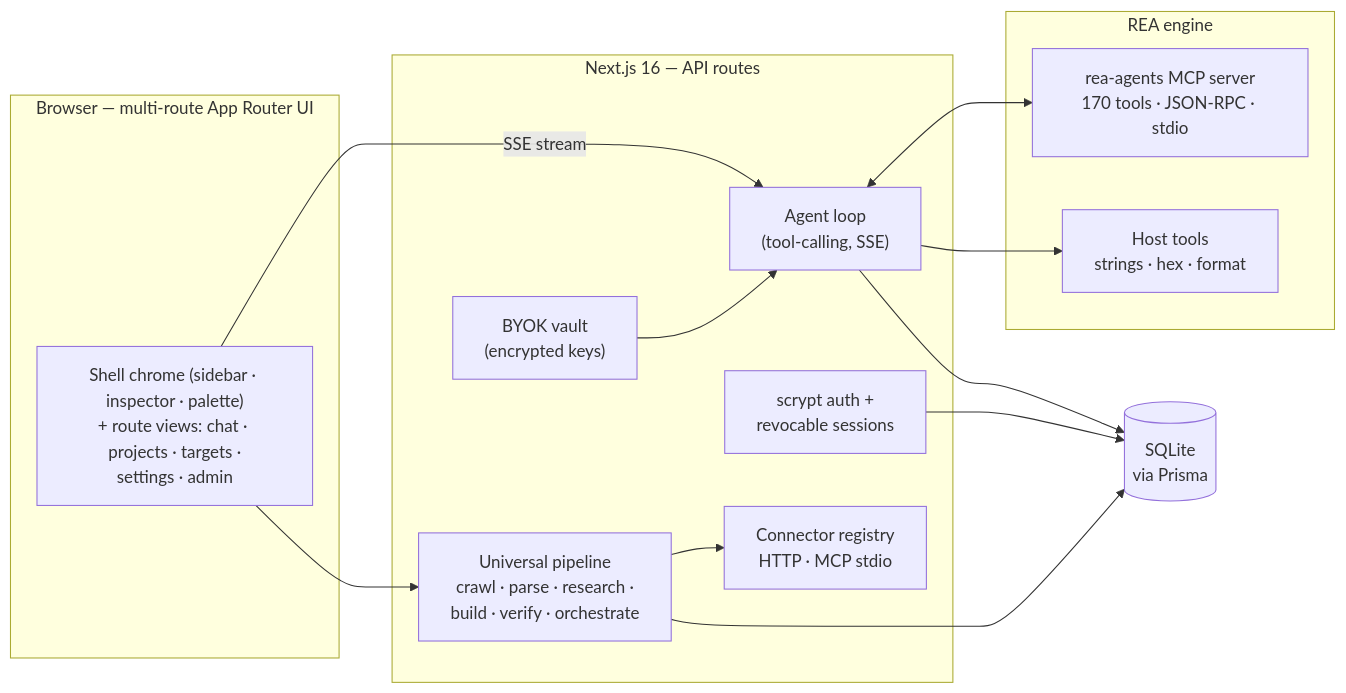
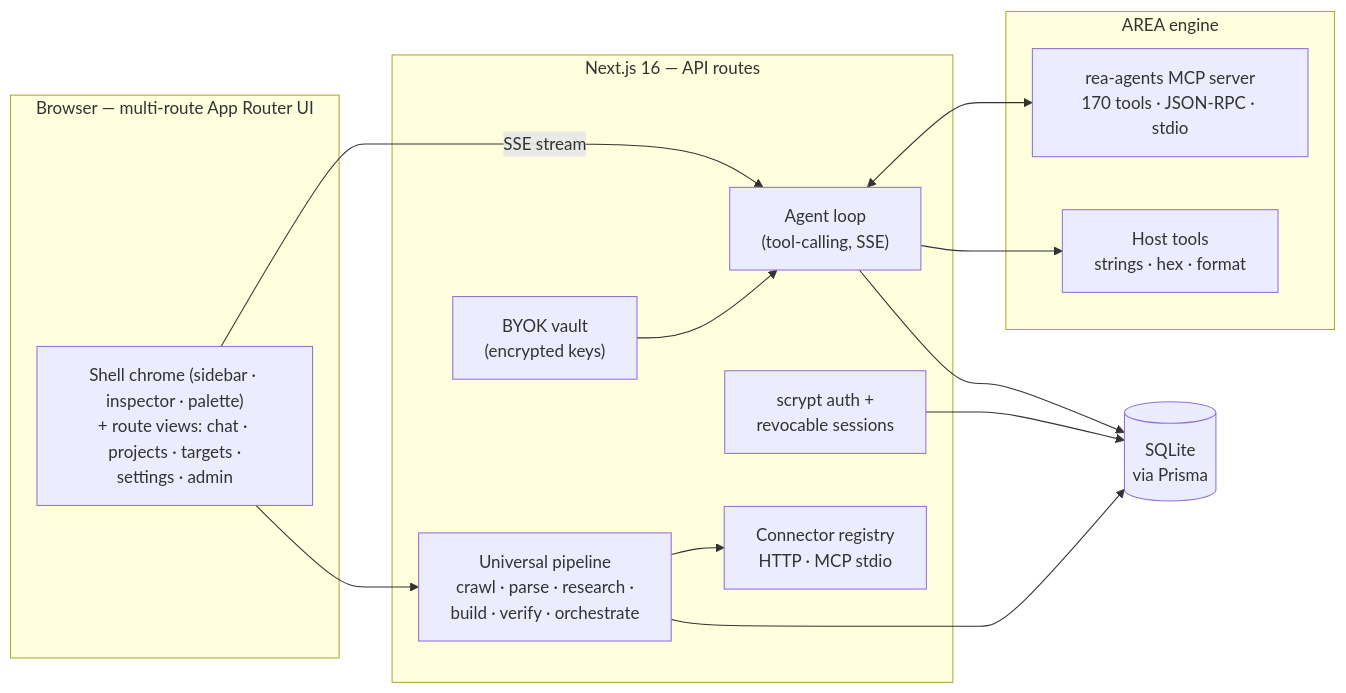
One commit to arpitnayan123-bot/Autonomous-reverse-engineering-agent changed the diagram in README.md. Above: the diagram before and after it, drawn with Mermaid. The commit also changed other lines of this file and 217 other files, not shown here.

First line of the commit message:
feat(area): rebrand platform REA → AREA — code, UI, docs, tools, docker, vscode

````diff
--- a/README.md
+++ b/README.md
@@ -44,28 +46,28 @@
 ```mermaid
 flowchart LR
     subgraph Browser["Browser — multi-route App Router UI"]
         UI["Shell chrome (sidebar · inspector · palette)<br/>+ route views: chat · projects · targets ·<br/>settings · admin"]
     end
     subgraph Server["Next.js 16 — API routes"]
         AGENT["Agent loop<br/>(tool-calling, SSE)"]
         AUTH["scrypt auth +<br/>revocable sessions"]
         VAULT["BYOK vault<br/>(encrypted keys)"]
         PIPE["Universal pipeline<br/>crawl · parse · research ·<br/>build · verify · orchestrate"]
         CONN["Connector registry<br/>HTTP · MCP stdio"]
     end
-    subgraph Engine["REA engine"]
+    subgraph Engine["AREA engine"]
         MCP["rea-agents MCP server<br/>170 tools · JSON-RPC · stdio"]
         HOST["Host tools<br/>strings · hex · format"]
     end
     DB[("SQLite<br/>via Prisma")]
 
     UI -- "SSE stream" --> AGENT
     AGENT <--> MCP
     AGENT --> HOST
     VAULT --> AGENT
     AGENT --> DB
     AUTH --> DB
     UI --> PIPE
     PIPE --> CONN
     PIPE --> DB
 ```
````
